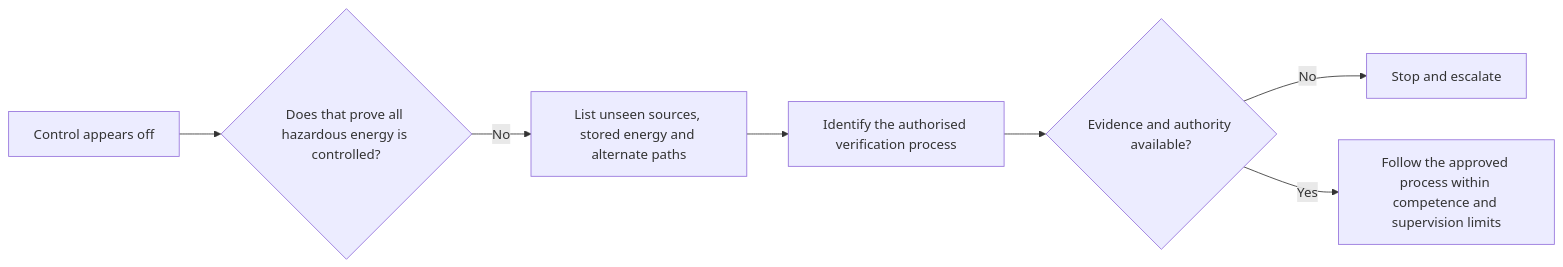
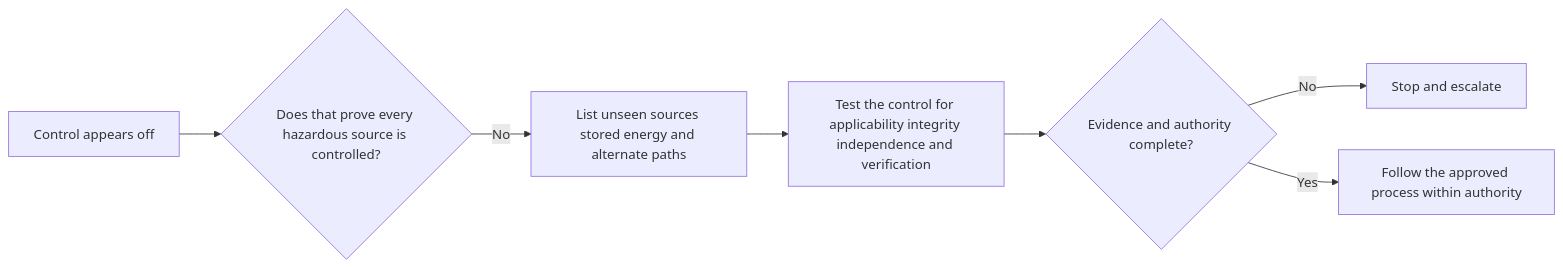
One commit to andrew3stedall/capstone changed the second of 2 diagrams in docs/learning-plans/6-week/modules/day-02-hazard-risk-exposure-and-critical-controls.md. Above: the diagram before and after it, drawn with Mermaid. The commit also changed other lines of this file, not shown here.

Commit message:
Improve Day 2 hazard and critical-control module

````diff
--- a/docs/learning-plans/6-week/modules/day-02-hazard-risk-exposure-and-critical-controls.md
+++ b/docs/learning-plans/6-week/modules/day-02-hazard-risk-exposure-and-critical-controls.md
@@ -171,9 +196,9 @@
 ```mermaid
 flowchart LR
-    A["Control appears off"] --> B{"Does that prove all hazardous energy is controlled?"}
-    B -->|"No"| C["List unseen sources, stored energy and alternate paths"]
-    C --> D["Identify the authorised verification process"]
-    D --> E{"Evidence and authority available?"}
+    A["Control appears off"] --> B{"Does that prove every hazardous source is controlled?"}
+    B -->|"No"| C["List unseen sources stored energy and alternate paths"]
+    C --> D["Test the control for applicability integrity independence and verification"]
+    D --> E{"Evidence and authority complete?"}
     E -->|"No"| F["Stop and escalate"]
-    E -->|"Yes"| G["Follow the approved process within competence and supervision limits"]
+    E -->|"Yes"| G["Follow the approved process within authority"]
 ```
````
